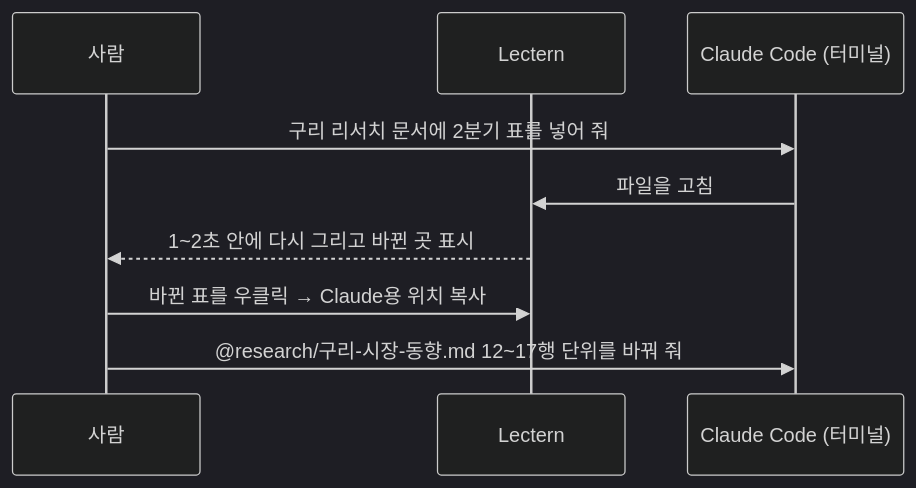
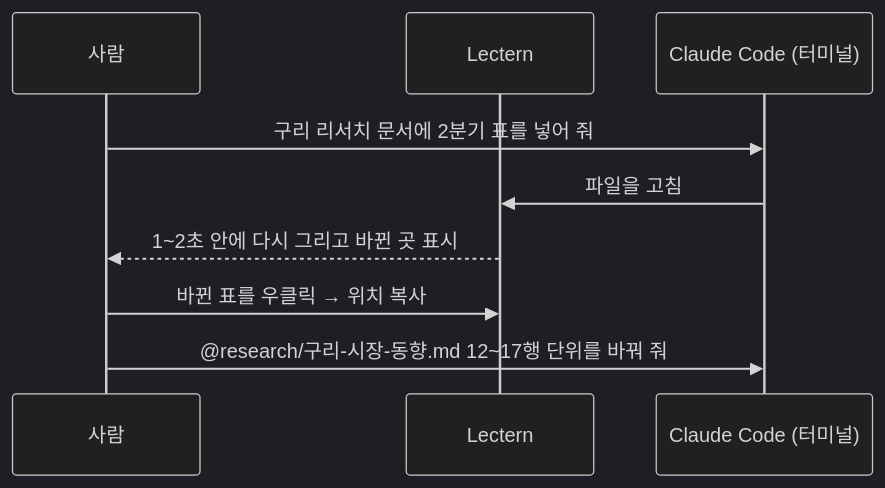
Before and after one commit to samiblog/lectern: the diagram in samples/guide/03-Claude-Code와-함께.md, drawn with Mermaid (dark theme). The commit also changed other lines of this file and 46 other files, not shown here.

````diff
--- a/samples/guide/03-Claude-Code와-함께.md
+++ b/samples/guide/03-Claude-Code와-함께.md
@@ -5,11 +5,11 @@
 ```mermaid
 sequenceDiagram
     participant U as 사람
     participant L as Lectern
     participant C as Claude Code (터미널)
     U->>C: 구리 리서치 문서에 2분기 표를 넣어 줘
     C->>L: 파일을 고침
     L-->>U: 1~2초 안에 다시 그리고 바뀐 곳 표시
-    U->>L: 바뀐 표를 우클릭 → Claude용 위치 복사
+    U->>L: 바뀐 표를 우클릭 → 위치 복사
     U->>C: @research/구리-시장-동향.md 12~17행 단위를 바꿔 줘
 ```
````
